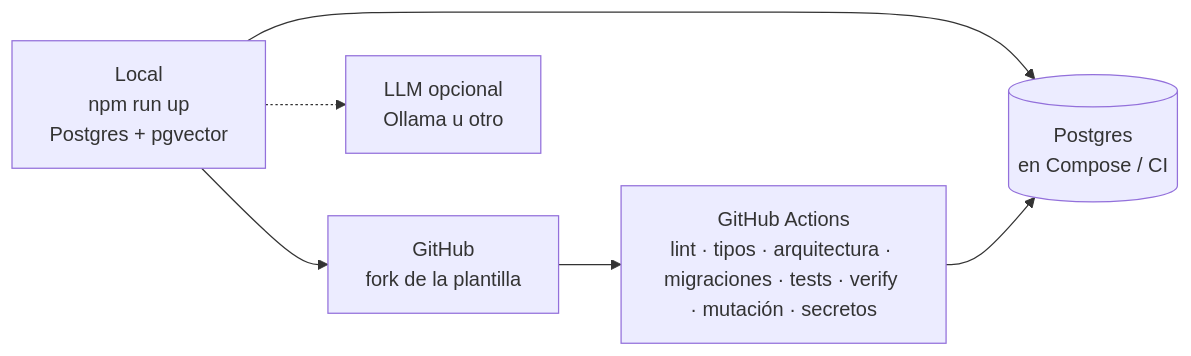
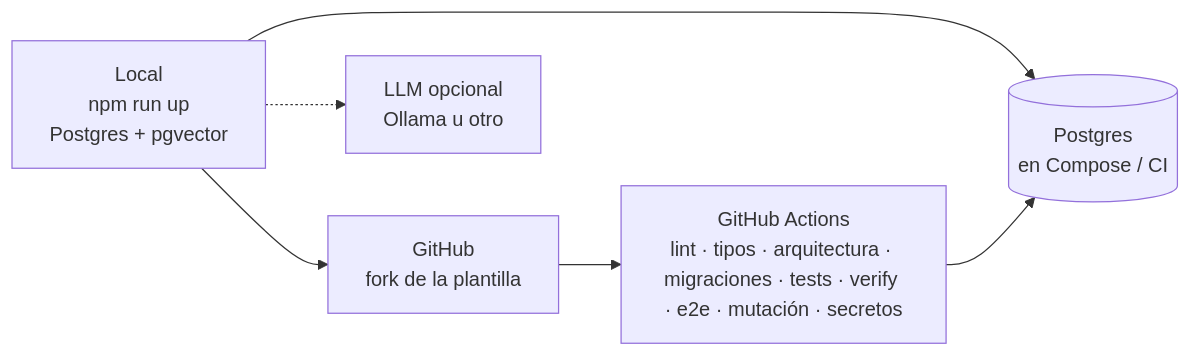
The second of 4 diagrams in readme.md (DisTinta/AI4Devs-finalproject), drawn with Mermaid before and after one commit. The commit also changed other lines of this file and 3 other files, not shown here.

````diff
--- a/readme.md
+++ b/readme.md
@@ -708,13 +733,13 @@
 ```mermaid
 flowchart LR
     DEV["Local<br/>npm run up<br/>Postgres + pgvector"]
     GH["GitHub<br/>fork de la plantilla"]
-    CI["GitHub Actions<br/>lint · tipos · arquitectura · migraciones · tests · verify · mutación · secretos"]
+    CI["GitHub Actions<br/>lint · tipos · arquitectura · migraciones · tests · verify · e2e · mutación · secretos"]
     DB[("Postgres<br/>en Compose / CI")]
     LLM["LLM opcional<br/>Ollama u otro"]
 
     DEV --> GH --> CI
     DEV --> DB
     CI --> DB
     DEV -.-> LLM
 ```
````
